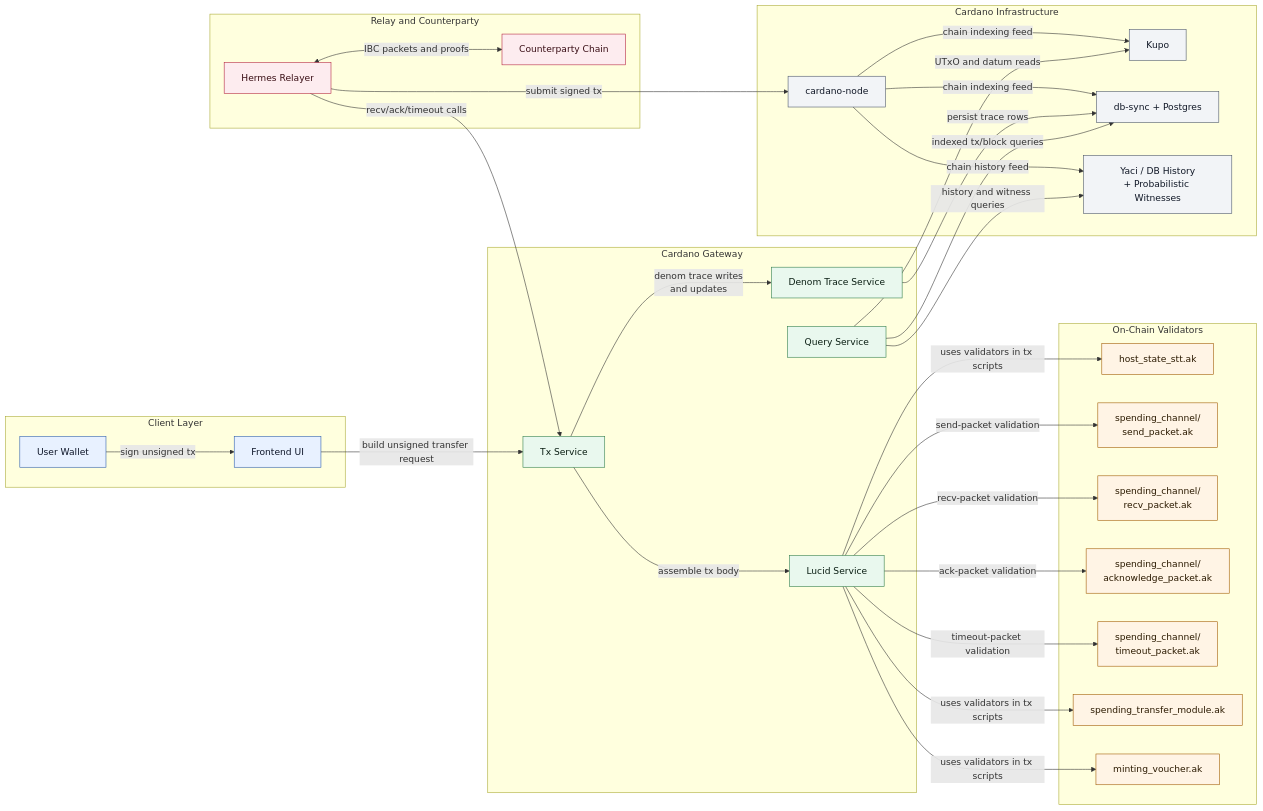
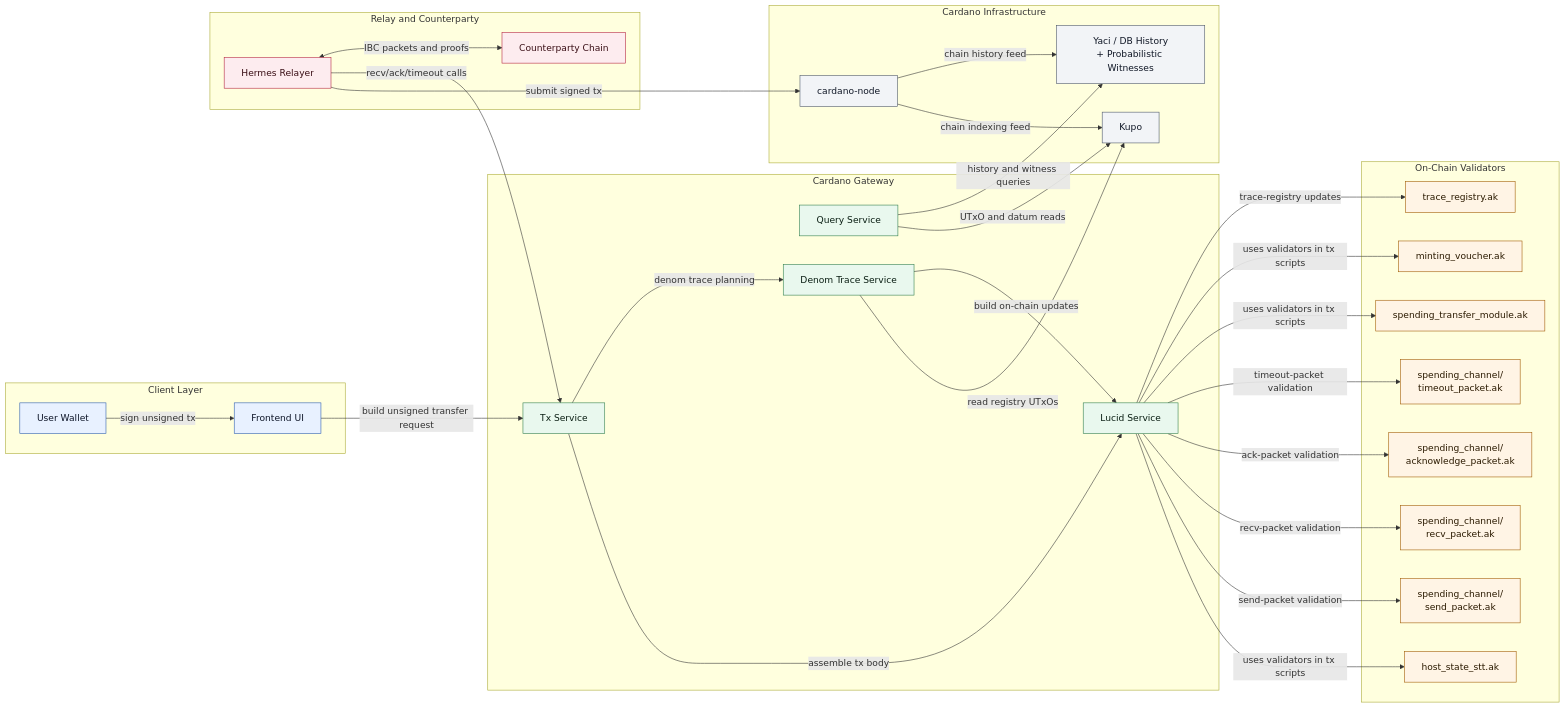
Before and after one commit to cardano-foundation/cardano-ibc-incubator: the diagram in README.md, drawn with Mermaid. The commit also changed other lines of this file and 17 other files, not shown here.

````diff
--- a/README.md
+++ b/README.md
@@ -63,73 +70,73 @@
 ```mermaid
 flowchart LR
   subgraph Client["Client Layer"]
     UI["Frontend UI"]
     UW["User Wallet"]
   end
 
   subgraph Gateway["Cardano Gateway"]
     TX["Tx Service"]
     QUERY["Query Service"]
     LUCID["Lucid Service"]
     TRACE["Denom Trace Service"]
   end
 
   subgraph OnChain["On-Chain Validators"]
     HOST["host_state_stt.ak"]
     CH_SEND["spending_channel/<br/>send_packet.ak"]
     CH_RECV["spending_channel/<br/>recv_packet.ak"]
     CH_ACK["spending_channel/<br/>acknowledge_packet.ak"]
     CH_TIMEOUT["spending_channel/<br/>timeout_packet.ak"]
     TRANSFER["spending_transfer_module.ak"]
     VOUCHER["minting_voucher.ak"]
+    TRACE_REGISTRY["trace_registry.ak"]
   end
 
   subgraph CardanoInfra["Cardano Infrastructure"]
     NODE["cardano-node"]
     KUPO["Kupo"]
-    DBSYNC["db-sync + Postgres"]
     HISTORY["Yaci / DB History<br/>+ Probabilistic Witnesses"]
   end
 
   subgraph Relay["Relay and Counterparty"]
     HERMES["Hermes Relayer"]
     COSMOS["Counterparty Chain"]
   end
 
   UI -->|"build unsigned transfer request"| TX
   UW -->|"sign unsigned tx"| UI
   TX -->|"assemble tx body"| LUCID
   LUCID -->|"uses validators in tx scripts"| HOST
   LUCID -->|"send-packet validation"| CH_SEND
   LUCID -->|"recv-packet validation"| CH_RECV
   LUCID -->|"ack-packet validation"| CH_ACK
   LUCID -->|"timeout-packet validation"| CH_TIMEOUT
   LUCID -->|"uses validators in tx scripts"| TRANSFER
   LUCID -->|"uses validators in tx scripts"| VOUCHER
+  LUCID -->|"trace-registry updates"| TRACE_REGISTRY
 
   HERMES -->|"submit signed tx"| NODE
   HERMES -->|"recv/ack/timeout calls"| TX
   HERMES <-->|"IBC packets and proofs"| COSMOS
 
   QUERY -->|"UTxO and datum reads"| KUPO
-  QUERY -->|"indexed tx/block queries"| DBSYNC
   QUERY -->|"history and witness queries"| HISTORY
-  TX -->|"denom trace writes<br/>and updates"| TRACE
-  TRACE -->|"persist trace rows"| DBSYNC
+  TX -->|"denom trace planning"| TRACE
+  TRACE -->|"read registry UTxOs"| KUPO
+  TRACE -->|"build on-chain updates"| LUCID
 
   NODE -->|"chain indexing feed"| KUPO
-  NODE -->|"chain indexing feed"| DBSYNC
   NODE -->|"chain history feed"| HISTORY
 
   classDef client fill:#e8f1ff,stroke:#2b5cab,color:#0f172a
   classDef gateway fill:#e9f8ee,stroke:#2f7d4a,color:#0b1f14
   classDef onchain fill:#fff4e5,stroke:#a05a00,color:#2b1a00
   classDef infra fill:#f2f4f7,stroke:#4a5568,color:#111827
   classDef relay fill:#fdecef,stroke:#b4233d,color:#3a0f16
 
   class UI,UW client
   class TX,QUERY,LUCID,TRACE gateway
-  class HOST,CH_SEND,CH_RECV,CH_ACK,CH_TIMEOUT,TRANSFER,VOUCHER onchain
-  class NODE,KUPO,DBSYNC,HISTORY infra
+  class HOST,CH_SEND,CH_RECV,CH_ACK,CH_TIMEOUT,TRANSFER,VOUCHER,TRACE_REGISTRY onchain
+  class NODE,KUPO,HISTORY infra
   class HERMES,COSMOS relay
 ```
````
